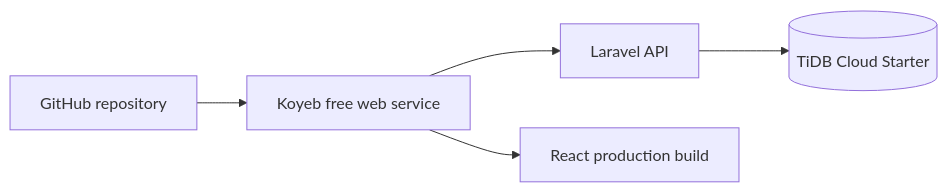
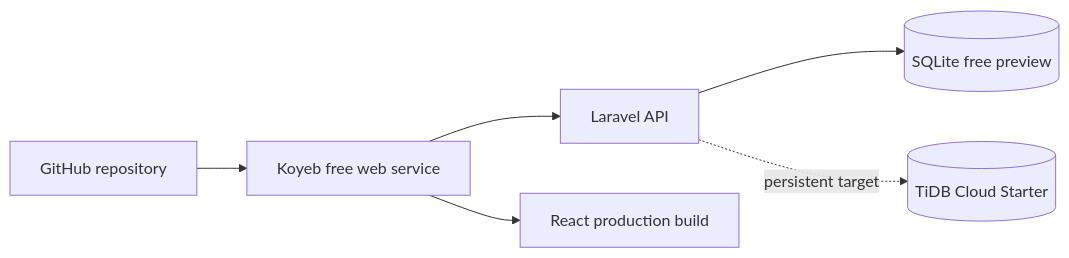
The third of 3 diagrams in README.md (5eef/Seef_E_commerce), drawn with Mermaid before and after one commit. The commit also changed other lines of this file and 1 other file, not shown here.

Commit message:
Document zero-cost preview mode

````diff
--- a/README.md
+++ b/README.md
@@ -326,7 +326,8 @@
 ```mermaid
 flowchart LR
     GitHub[GitHub repository] --> Koyeb[Koyeb free web service]
     Koyeb --> Laravel[Laravel API]
     Koyeb --> React[React production build]
-    Laravel --> TiDB[(TiDB Cloud Starter)]
+    Laravel --> Preview[(SQLite free preview)]
+    Laravel -. persistent target .-> TiDB[(TiDB Cloud Starter)]
 ```
````
